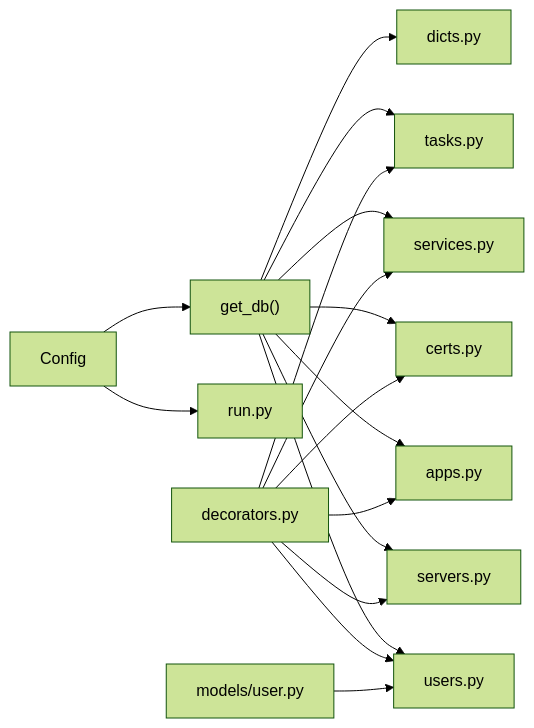
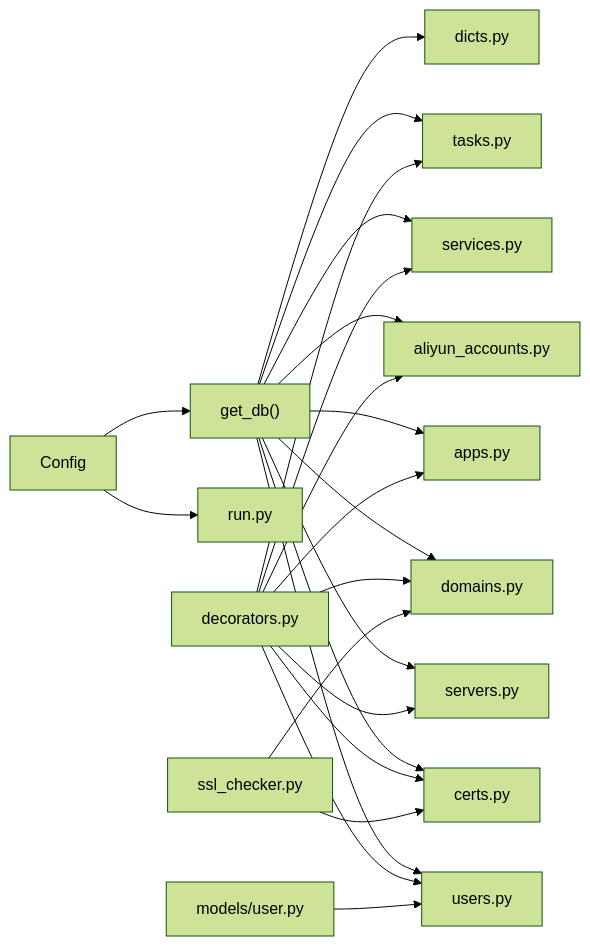
Before and after one commit to ismine3/OPS: the sixth of 6 diagrams in .qoder/repowiki/zh/content/数据库设计.md, drawn with Mermaid (forest theme). The commit also changed other lines of this file and 8 other files, not shown here.

````diff
--- a/.qoder/repowiki/zh/content/数据库设计.md
+++ b/.qoder/repowiki/zh/content/数据库设计.md
@@ -444,19 +549,25 @@
 ```mermaid
 graph LR
 CFG["Config"] --> DBU["get_db()"]
 CFG --> RUN["run.py"]
 DBU --> API_USERS["users.py"]
 DBU --> API_SERVERS["servers.py"]
 DBU --> API_APPS["apps.py"]
 DBU --> API_CERTS["certs.py"]
+DBU --> API_ALIYUN_ACCOUNTS["aliyun_accounts.py"]
+DBU --> API_DOMAINS["domains.py"]
 DBU --> API_DICTS["dicts.py"]
 DBU --> API_SERVICES["services.py"]
 DBU --> API_TASKS["tasks.py"]
 DECOR["decorators.py"] --> API_USERS
 DECOR --> API_SERVERS
 DECOR --> API_APPS
 DECOR --> API_CERTS
+DECOR --> API_ALIYUN_ACCOUNTS
+DECOR --> API_DOMAINS
 DECOR --> API_SERVICES
 DECOR --> API_TASKS
 MODEL["models/user.py"] --> API_USERS
+SSLUTIL["ssl_checker.py"] --> API_CERTS
+SSLUTIL --> API_DOMAINS
 ```
````
